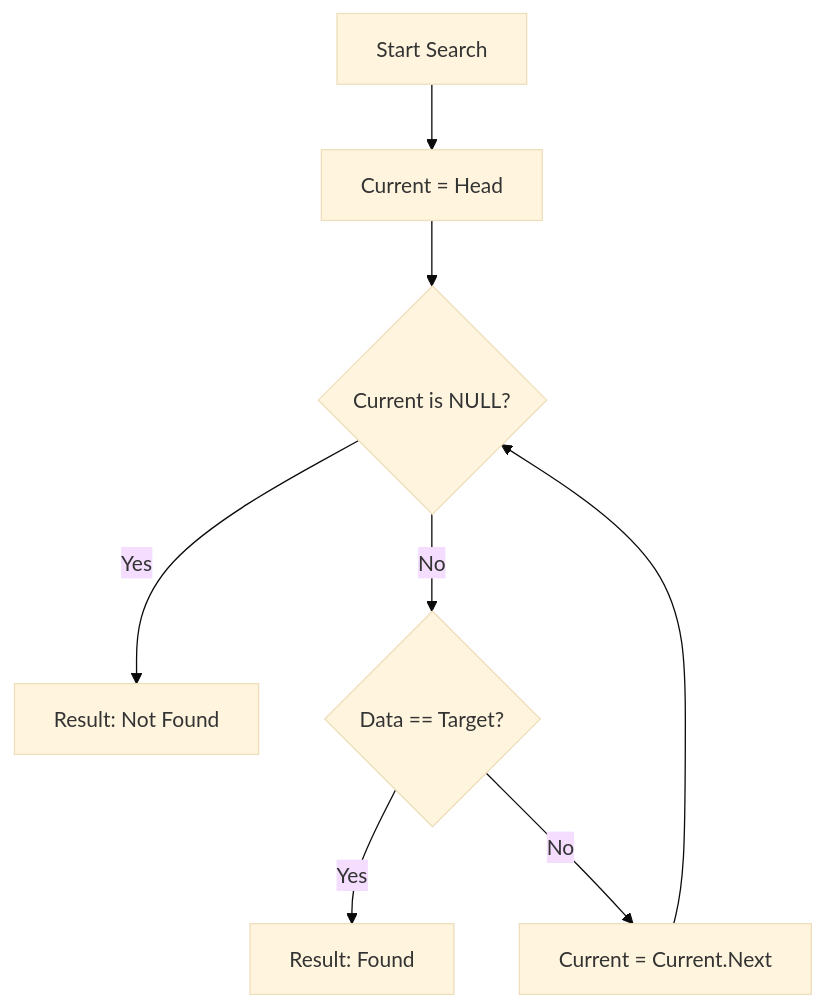
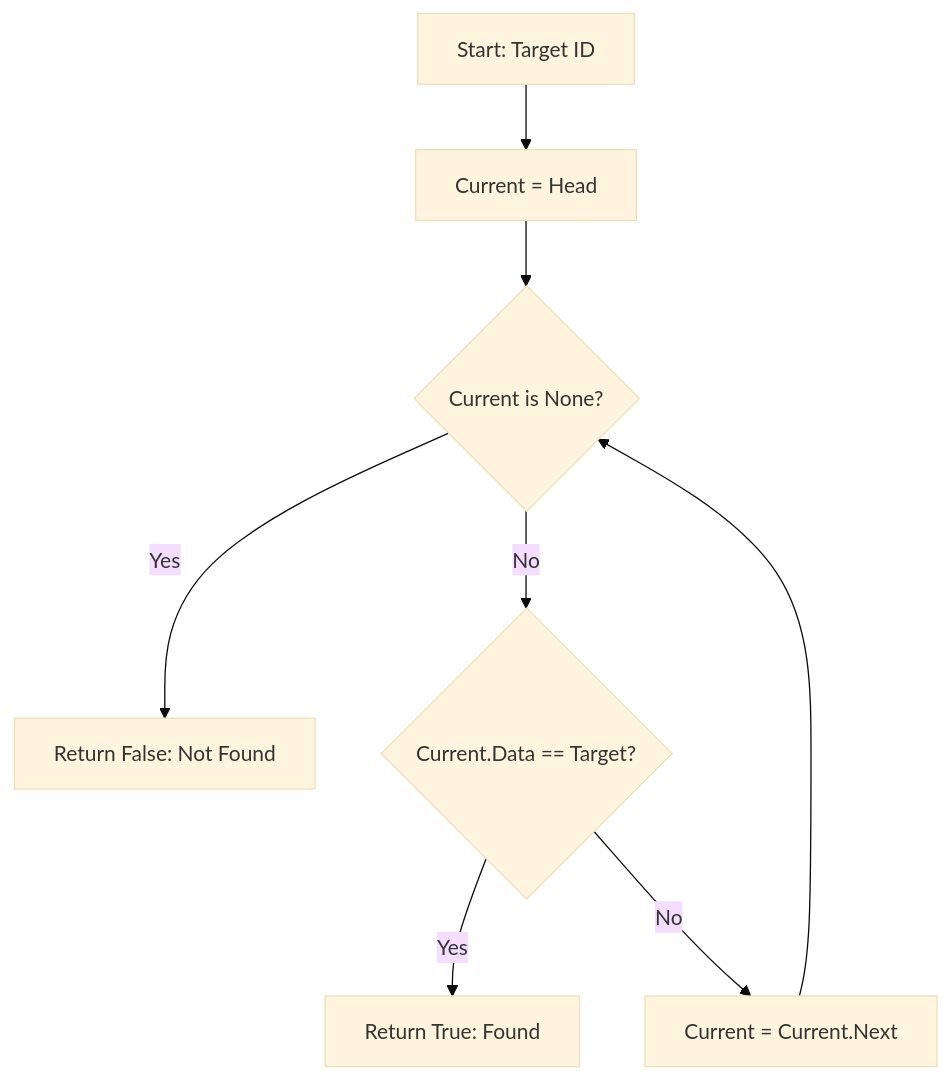
Before and after one commit to Amey-Thakur/PYTHON-SHORTS: the second of 2 diagrams in Source Code/Singly Linked List/README.md, drawn with Mermaid (base theme). The commit also changed other lines of this file, not shown here.

````diff
--- a/Source Code/Singly Linked List/README.md
+++ b/Source Code/Singly Linked List/README.md
@@ -61,10 +64,10 @@
 ```mermaid
-graph TD
-    A[Start Search] --> B[Current = Head]
-    B --> C{Current is NULL?}
-    C -- Yes --> D[Result: Not Found]
-    C -- No --> E{Data == Target?}
-    E -- Yes --> F[Result: Found]
-    E -- No --> G[Current = Current.Next]
+flowchart TD
+    A["Start: Target ID"] --> B["Current = Head"]
+    B --> C{"Current is None?"}
+    C -- "Yes" --> D["Return False: Not Found"]
+    C -- "No" --> E{"Current.Data == Target?"}
+    E -- "Yes" --> F["Return True: Found"]
+    E -- "No" --> G["Current = Current.Next"]
     G --> C
 ```
````
